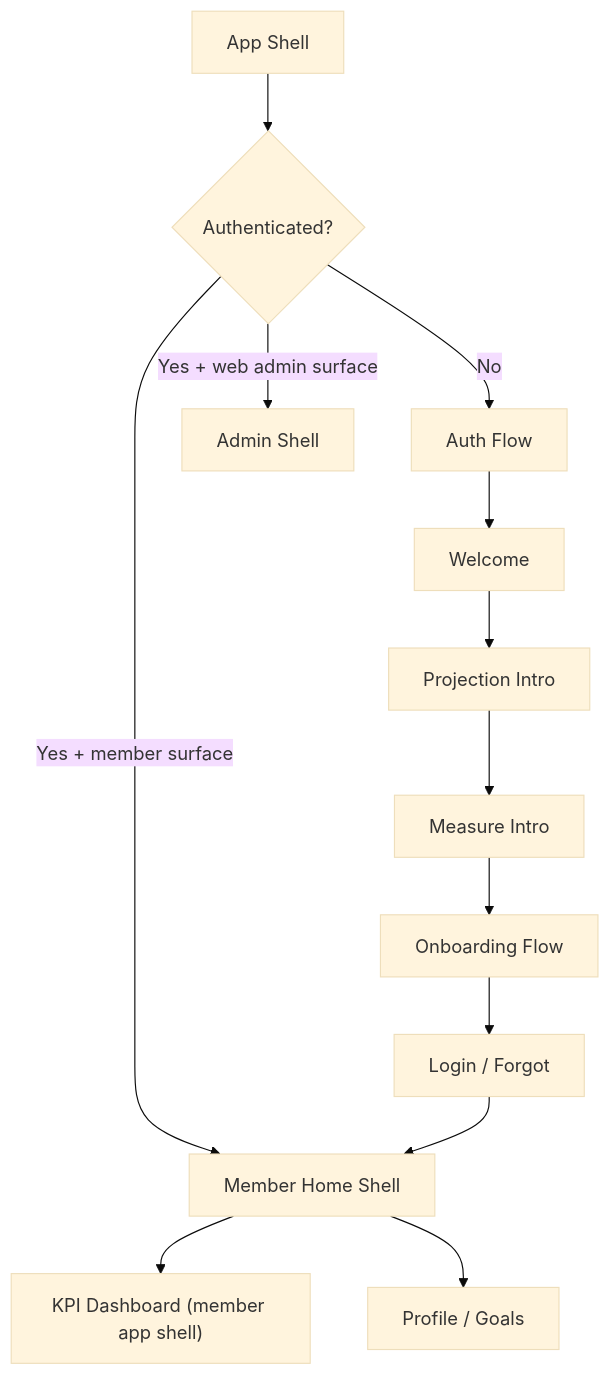
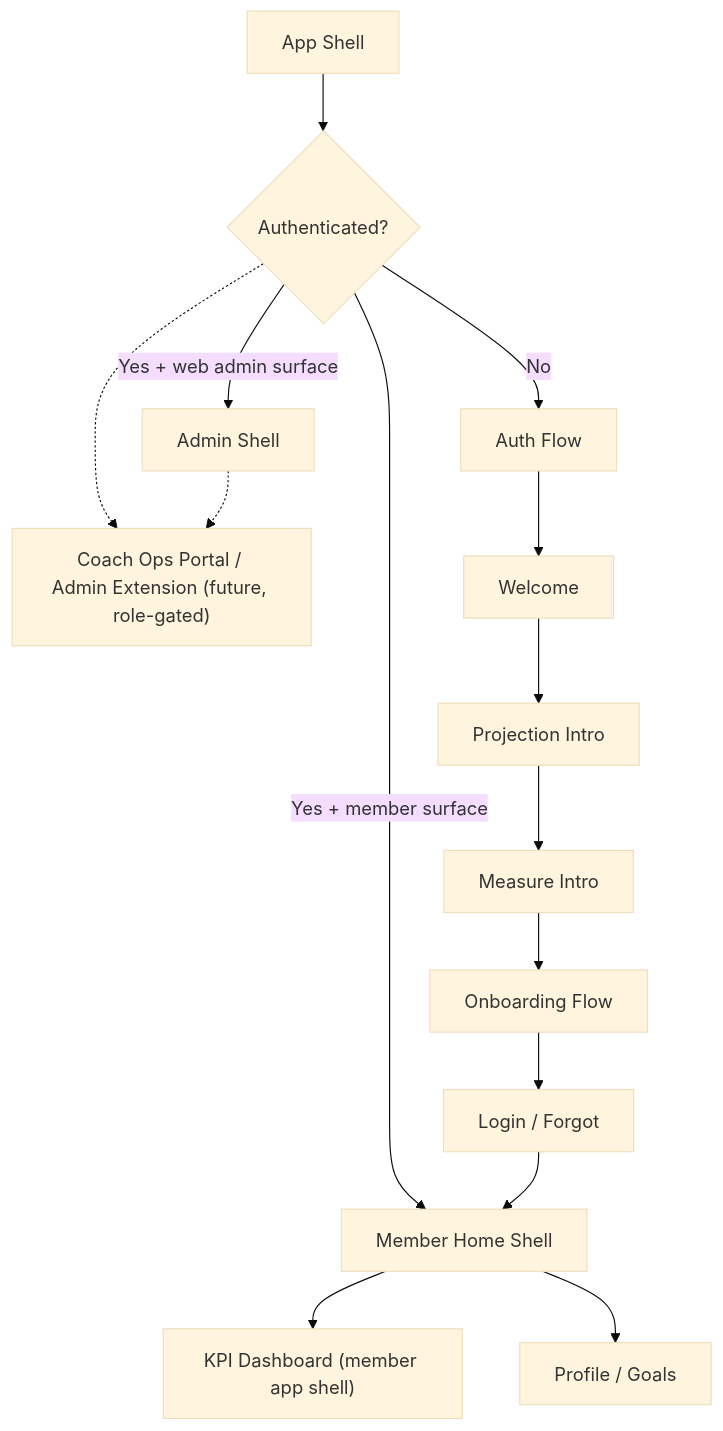
One commit to jonhazeltine/compass-kpi changed the second of 10 diagrams in docs/spec/appendix/INTENDED_WIRING_DIAGRAM.md. Above: the diagram before and after it, drawn with Mermaid (base theme). The commit also changed other lines of this file and 5 other files, not shown here.

Commit message:
Land coaching W4 comms integration and coach persona architecture

````diff
--- a/docs/spec/appendix/INTENDED_WIRING_DIAGRAM.md
+++ b/docs/spec/appendix/INTENDED_WIRING_DIAGRAM.md
@@ -63,17 +63,19 @@
 ```mermaid
 flowchart TD
   A["App Shell"] --> B{"Authenticated?"}
   B -- "No" --> C["Auth Flow"]
   B -- "Yes + web admin surface" --> D["Admin Shell"]
   B -- "Yes + member surface" --> E["Member Home Shell"]
+  B -.-> F["Coach Ops Portal / Admin Extension (future, role-gated)"]
 
   C --> C1["Welcome"]
   C1 --> C2["Projection Intro"]
   C2 --> C3["Measure Intro"]
   C3 --> C4["Onboarding Flow"]
   C4 --> C5["Login / Forgot"]
   C5 --> E
 
   E --> E1["KPI Dashboard (member app shell)"]
   E --> E2["Profile / Goals"]
+  D -.-> F
 ```
````
